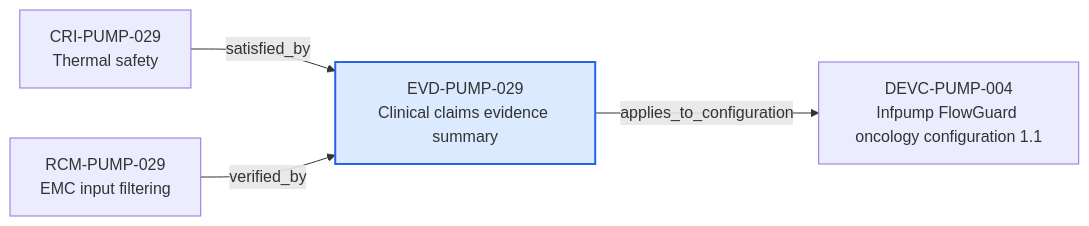
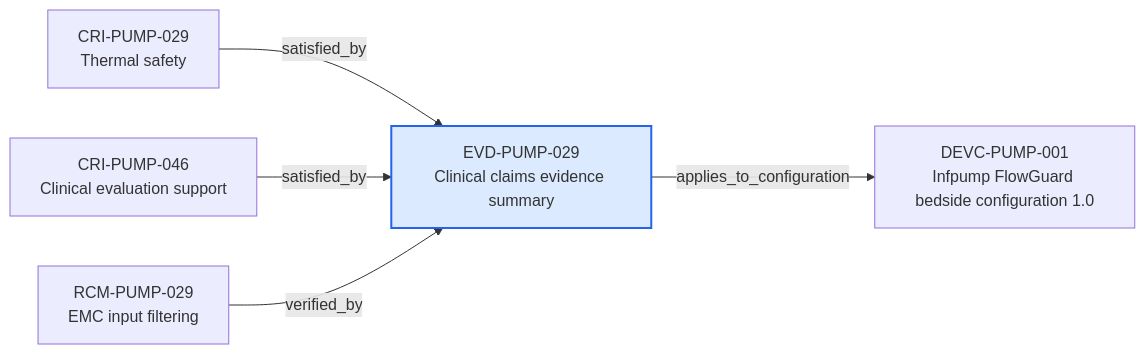
The diagram in content/06-Infpump FlowGuard ontology notes/verification-evidence/EVD-PUMP-029-clinical-claims-evidence-summary.md (mvattulainen/mdrontology), drawn with Mermaid before and after one commit. The commit also changed other lines of this file and 321 other files, not shown here.

Commit message:
Implement Mermaid ontology audit findings

````diff
--- a/content/06-Infpump FlowGuard ontology notes/verification-evidence/EVD-PUMP-029-clinical-claims-evidence-summary.md
+++ b/content/06-Infpump FlowGuard ontology notes/verification-evidence/EVD-PUMP-029-clinical-claims-evidence-summary.md
@@ -73,12 +75,14 @@
 ```mermaid
 flowchart LR
   CURRENT["EVD-PUMP-029<br/>Clinical claims evidence summary"]
   PREV0["CRI-PUMP-029<br/>Thermal safety"]
   PREV0 -->|"satisfied_by"| CURRENT
-  PREV1["RCM-PUMP-029<br/>EMC input filtering"]
-  PREV1 -->|"verified_by"| CURRENT
-  NEXT0["DEVC-PUMP-004<br/>Infpump FlowGuard oncology configuration 1.1"]
+  PREV1["CRI-PUMP-046<br/>Clinical evaluation support"]
+  PREV1 -->|"satisfied_by"| CURRENT
+  PREV2["RCM-PUMP-029<br/>EMC input filtering"]
+  PREV2 -->|"verified_by"| CURRENT
+  NEXT0["DEVC-PUMP-001<br/>Infpump FlowGuard bedside configuration 1.0"]
   CURRENT -->|"applies_to_configuration"| NEXT0
   classDef current fill:#dbeafe,stroke:#2563eb,stroke-width:2px
   class CURRENT current
 ```
````
